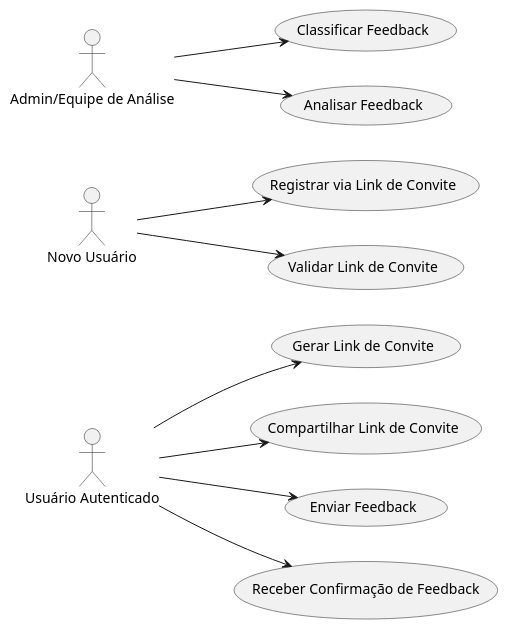
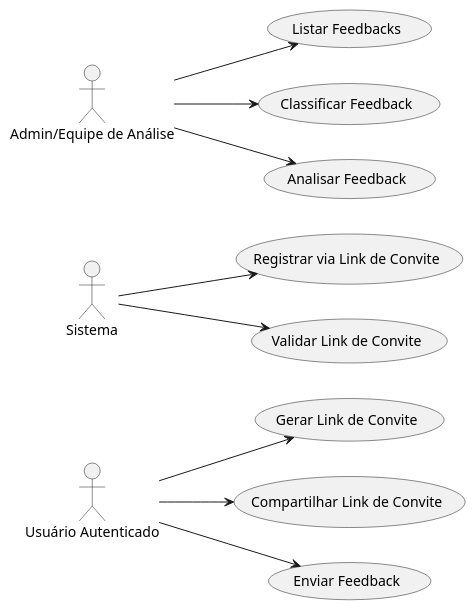
The diagram in docs/IQuirium/modelagem/casodeuso.wsd (Projetos-de-Extensao/PBE_24.2_8001_III_EVE-Plus), drawn with PlantUML before and after one commit. The commit also changed 1 other file, not shown here.

```diff
--- a/docs/IQuirium/modelagem/casodeuso.wsd
+++ b/docs/IQuirium/modelagem/casodeuso.wsd
@@ -1,26 +1,26 @@
 @startuml casodeuso
 left to right direction
 
 actor "Usuário Autenticado" as UsuarioAutenticado
-actor "Novo Usuário" as NovoUsuario
+actor "Sistema" as Sistema
 actor "Admin/Equipe de Análise" as AdminEquipeAnalise
 
 usecase "Gerar Link de Convite" as CU01
 usecase "Compartilhar Link de Convite" as CU02
 usecase "Registrar via Link de Convite" as CU03
 usecase "Validar Link de Convite" as CU04
 usecase "Enviar Feedback" as CU05
-usecase "Receber Confirmação de Feedback" as CU06
+usecase "Listar Feedbacks" as CU06
 usecase "Classificar Feedback" as CU07
 usecase "Analisar Feedback" as CU08
 
 UsuarioAutenticado --> CU01
 UsuarioAutenticado --> CU02
-NovoUsuario --> CU03
-NovoUsuario --> CU04
+Sistema --> CU03
+Sistema --> CU04
 UsuarioAutenticado --> CU05
-UsuarioAutenticado --> CU06
+AdminEquipeAnalise --> CU06
 AdminEquipeAnalise --> CU07
 AdminEquipeAnalise --> CU08
 
 @enduml
```
